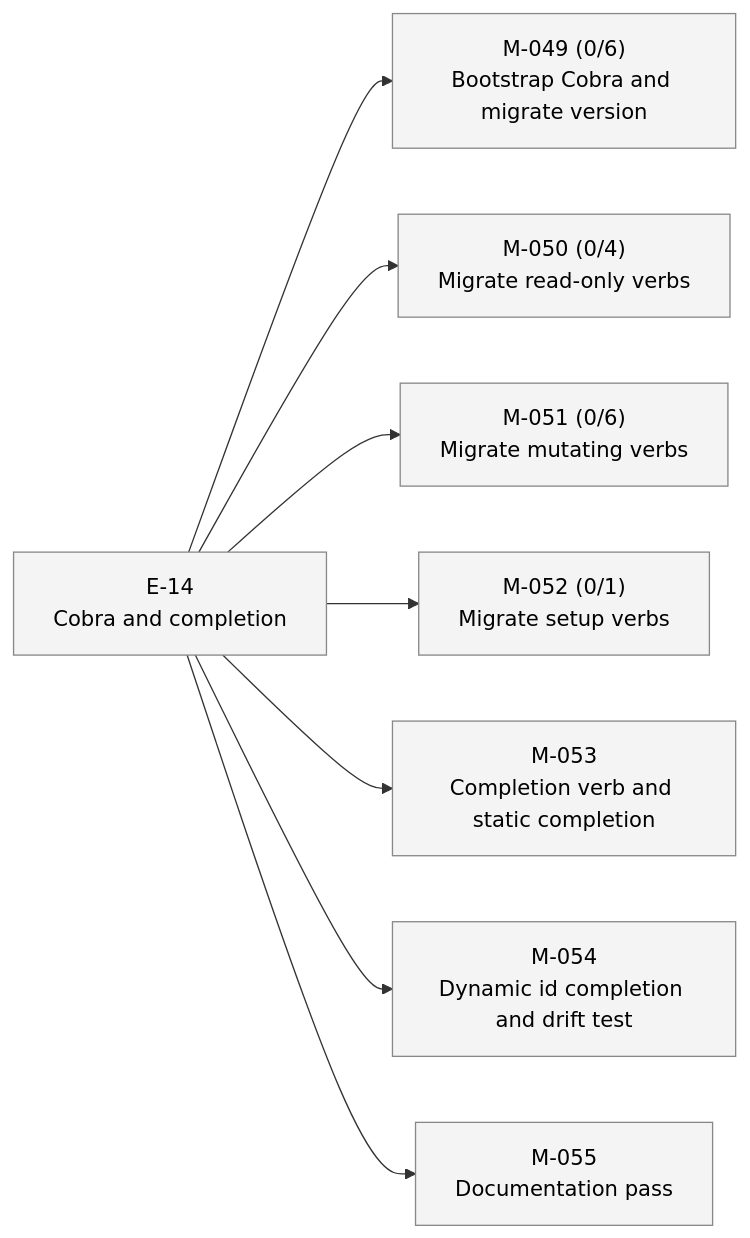
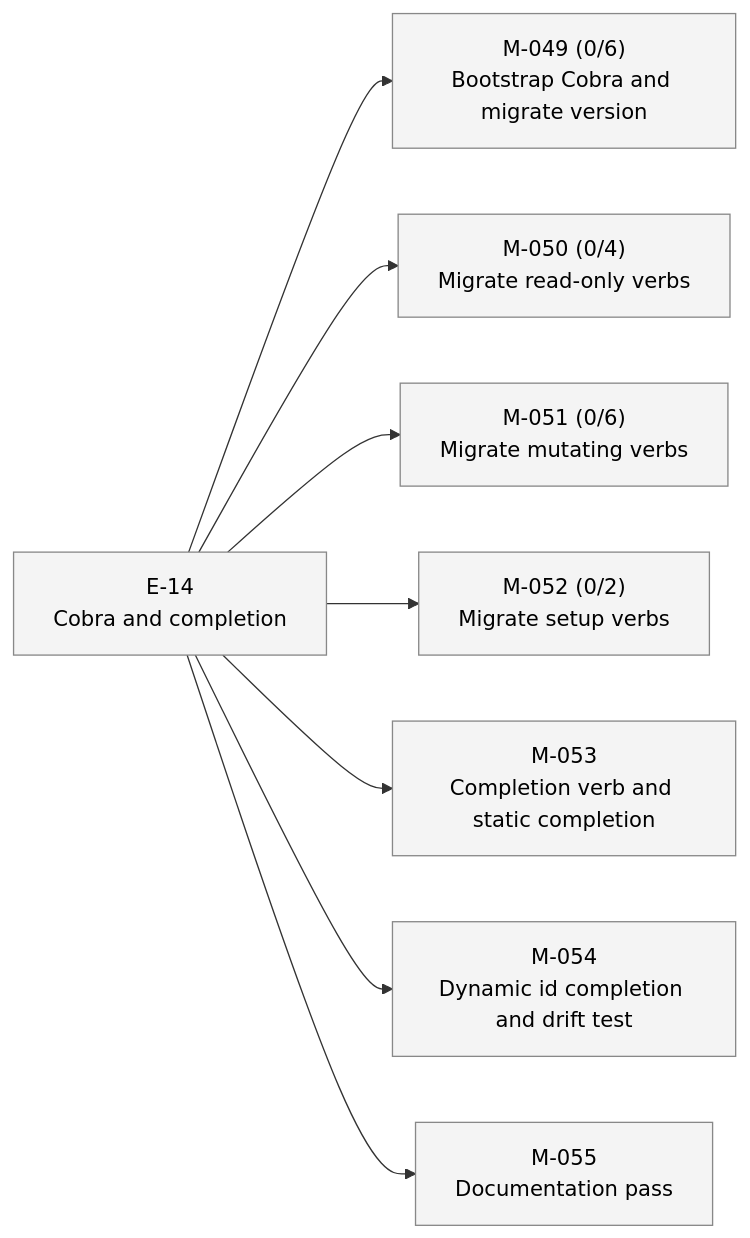
The second of 2 diagrams in STATUS.md (23min/aiwf), drawn with Mermaid before and after one commit. The commit also changed other lines of this file and 1 other file, not shown here.

````diff
--- a/STATUS.md
+++ b/STATUS.md
@@ -38,24 +38,24 @@
 ```mermaid
 flowchart LR
   E_14["E-14<br/>Cobra and completion"]:::epic_proposed
   M_049["M-049 (0/6)<br/>Bootstrap Cobra and migrate version"]:::ms_draft
   E_14 --> M_049
   M_050["M-050 (0/4)<br/>Migrate read-only verbs"]:::ms_draft
   E_14 --> M_050
   M_051["M-051 (0/6)<br/>Migrate mutating verbs"]:::ms_draft
   E_14 --> M_051
-  M_052["M-052 (0/1)<br/>Migrate setup verbs"]:::ms_draft
+  M_052["M-052 (0/2)<br/>Migrate setup verbs"]:::ms_draft
   E_14 --> M_052
   M_053["M-053<br/>Completion verb and static completion"]:::ms_draft
   E_14 --> M_053
   M_054["M-054<br/>Dynamic id completion and drift test"]:::ms_draft
   E_14 --> M_054
   M_055["M-055<br/>Documentation pass"]:::ms_draft
   E_14 --> M_055
   classDef epic_active fill:#d6eaff,stroke:#1a73e8,color:#000
   classDef epic_proposed fill:#f4f4f4,stroke:#888,color:#000
   classDef ms_done fill:#d8f5d8,stroke:#2a8a2a,color:#000
   classDef ms_in_progress fill:#fff3c4,stroke:#caa400,color:#000
   classDef ms_draft fill:#f4f4f4,stroke:#888,color:#000
   classDef ms_cancelled fill:#fbeaea,stroke:#c33,color:#000
 ```
````
